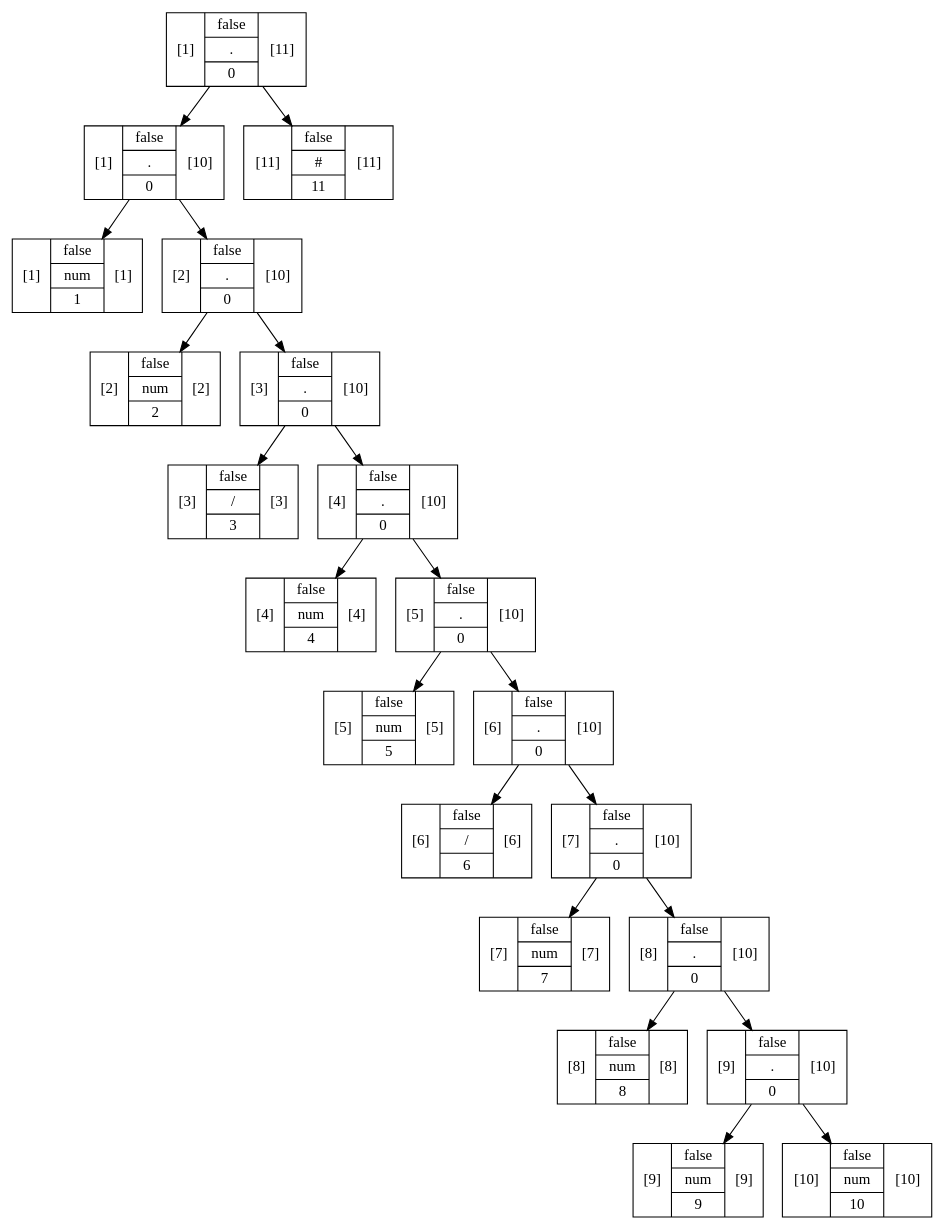
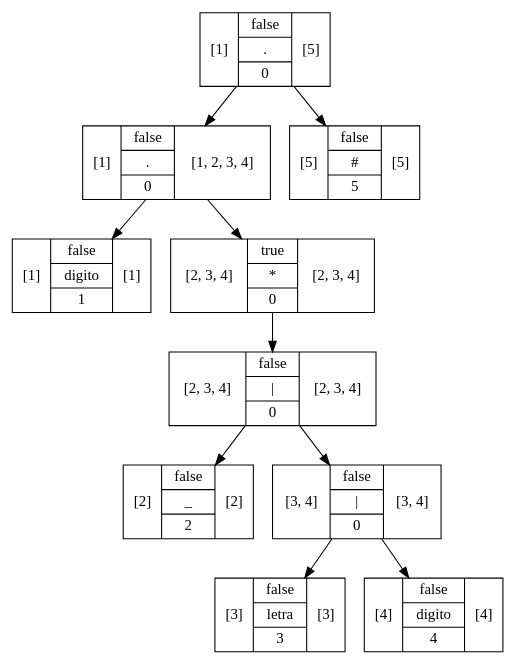
One commit to RojasCJP/Proyecto1_Compi1 changed the diagram in out/production/Proyecto1/Graphviz/Arbol8.dot. Above: the diagram before and after it, drawn with Graphviz. The commit also changed 276 other files, not shown here.

```diff
--- a/out/production/Proyecto1/Graphviz/Arbol8.dot
+++ b/out/production/Proyecto1/Graphviz/Arbol8.dot
@@ -1,43 +1,21 @@
 digraph structs {
-    node [shape=record];ArbolNodoMetodo665c38a7[label="[1]|{false|{num}|1}|[1]"];
-ArbolNodoMetodo31dccb0f[label="[2]|{false|{num}|2}|[2]"];
-ArbolNodoMetodo4c7f6791[label="[3]|{false|{/}|3}|[3]"];
-ArbolNodoMetodo37947772[label="[4]|{false|{num}|4}|[4]"];
-ArbolNodoMetodo308ae827[label="[5]|{false|{num}|5}|[5]"];
-ArbolNodoMetodo6759c98a[label="[6]|{false|{/}|6}|[6]"];
-ArbolNodoMetodo502d791f[label="[7]|{false|{num}|7}|[7]"];
-ArbolNodoMetodo4496ab8f[label="[8]|{false|{num}|8}|[8]"];
-ArbolNodoMetodo23bab8ea[label="[9]|{false|{num}|9}|[9]"];
-ArbolNodoMetodoa86208e[label="[10]|{false|{num}|10}|[10]"];
-ArbolNodoMetodo31d85540[label="[9]|{false|{.}|0}|[10]"];
-ArbolNodoMetodo31d85540 -> ArbolNodoMetodo23bab8ea;
-ArbolNodoMetodo31d85540 -> ArbolNodoMetodoa86208e;
-ArbolNodoMetodo40e34a27[label="[8]|{false|{.}|0}|[10]"];
-ArbolNodoMetodo40e34a27 -> ArbolNodoMetodo4496ab8f;
-ArbolNodoMetodo40e34a27 -> ArbolNodoMetodo31d85540;
-ArbolNodoMetodo36e8c739[label="[7]|{false|{.}|0}|[10]"];
-ArbolNodoMetodo36e8c739 -> ArbolNodoMetodo502d791f;
-ArbolNodoMetodo36e8c739 -> ArbolNodoMetodo40e34a27;
-ArbolNodoMetododd1033a[label="[6]|{false|{.}|0}|[10]"];
-ArbolNodoMetododd1033a -> ArbolNodoMetodo6759c98a;
-ArbolNodoMetododd1033a -> ArbolNodoMetodo36e8c739;
-ArbolNodoMetodo7e502595[label="[5]|{false|{.}|0}|[10]"];
-ArbolNodoMetodo7e502595 -> ArbolNodoMetodo308ae827;
-ArbolNodoMetodo7e502595 -> ArbolNodoMetododd1033a;
-ArbolNodoMetodo2438fa0a[label="[4]|{false|{.}|0}|[10]"];
-ArbolNodoMetodo2438fa0a -> ArbolNodoMetodo37947772;
-ArbolNodoMetodo2438fa0a -> ArbolNodoMetodo7e502595;
-ArbolNodoMetodo541920bb[label="[3]|{false|{.}|0}|[10]"];
-ArbolNodoMetodo541920bb -> ArbolNodoMetodo4c7f6791;
-ArbolNodoMetodo541920bb -> ArbolNodoMetodo2438fa0a;
-ArbolNodoMetodo515421d1[label="[2]|{false|{.}|0}|[10]"];
-ArbolNodoMetodo515421d1 -> ArbolNodoMetodo31dccb0f;
-ArbolNodoMetodo515421d1 -> ArbolNodoMetodo541920bb;
-ArbolNodoMetodo2e57dae3[label="[1]|{false|{.}|0}|[10]"];
-ArbolNodoMetodo2e57dae3 -> ArbolNodoMetodo665c38a7;
-ArbolNodoMetodo2e57dae3 -> ArbolNodoMetodo515421d1;
-ArbolNodoMetodo4d5c9d89[label="[11]|{false|{#}|11}|[11]"];
-ArbolNodoMetodo505d6061[label="[1]|{false|{.}|0}|[11]"];
-ArbolNodoMetodo505d6061 -> ArbolNodoMetodo2e57dae3;
-ArbolNodoMetodo505d6061 -> ArbolNodoMetodo4d5c9d89;
+    node [shape=record];ArbolNodoMetodo5d81a7cb[label="[1]|{false|{digito}|1}|[1]"];
+ArbolNodoMetodo5e847150[label="[2]|{false|{_}|2}|[2]"];
+ArbolNodoMetodo50c24e44[label="[3]|{false|{letra}|3}|[3]"];
+ArbolNodoMetodo567e46c2[label="[4]|{false|{digito}|4}|[4]"];
+ArbolNodoMetodo6911c39[label="[3, 4]|{false|{\|}|0}|[3, 4]"];
+ArbolNodoMetodo6911c39 -> ArbolNodoMetodo50c24e44;
+ArbolNodoMetodo6911c39 -> ArbolNodoMetodo567e46c2;
+ArbolNodoMetodo7b62f34a[label="[2, 3, 4]|{false|{\|}|0}|[2, 3, 4]"];
+ArbolNodoMetodo7b62f34a -> ArbolNodoMetodo5e847150;
+ArbolNodoMetodo7b62f34a -> ArbolNodoMetodo6911c39;
+ArbolNodoMetodo3990220c[label="[2, 3, 4]|{true|{*}|0}|[2, 3, 4]"];
+ArbolNodoMetodo3990220c -> ArbolNodoMetodo7b62f34a;
+ArbolNodoMetodo1dfc3baa[label="[1]|{false|{.}|0}|[1, 2, 3, 4]"];
+ArbolNodoMetodo1dfc3baa -> ArbolNodoMetodo5d81a7cb;
+ArbolNodoMetodo1dfc3baa -> ArbolNodoMetodo3990220c;
+ArbolNodoMetodo13829cf8[label="[5]|{false|{#}|5}|[5]"];
+ArbolNodoMetodo7f16c561[label="[1]|{false|{.}|0}|[5]"];
+ArbolNodoMetodo7f16c561 -> ArbolNodoMetodo1dfc3baa;
+ArbolNodoMetodo7f16c561 -> ArbolNodoMetodo13829cf8;
 }
```
